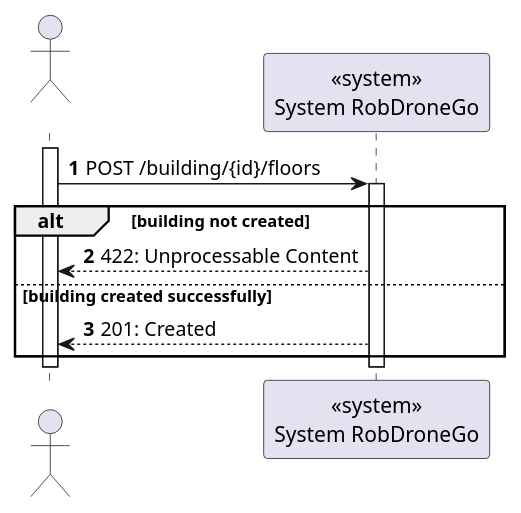
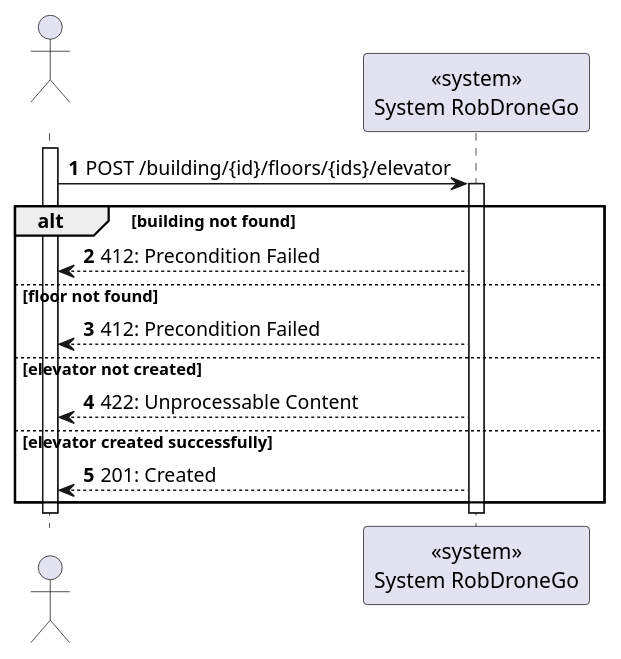
The diagram in docs/us270/level1/process_view.puml (Departamento-de-Engenharia-Informatica/lapr5-23-24-g19), drawn with PlantUML before and after one commit.

Commit message:
docs(us270): lvl1 process view

```diff
--- a/docs/us270/level1/process_view.puml
+++ b/docs/us270/level1/process_view.puml
@@ -1,20 +1,25 @@
 @startuml
 autonumber
 
 actor " " as actor
 participant "<<system>>\nSystem RobDroneGo" as sys
 
 activate actor
-    actor -> sys: POST /building/{id}/floors
+    actor -> sys: POST /building/{id}/floors/{ids}/elevator
 
     activate sys
-    alt building not created
+    alt building not found
+        sys --> actor : 412: Precondition Failed
+    else floor not found
+        sys --> actor : 412: Precondition Failed
+    else elevator not created
         sys --> actor : 422: Unprocessable Content
-    else building created successfully
+    else elevator created successfully
         sys --> actor : 201: Created
+
     end
     deactivate sys
 deactivate actor
 
 
 @enduml
```
